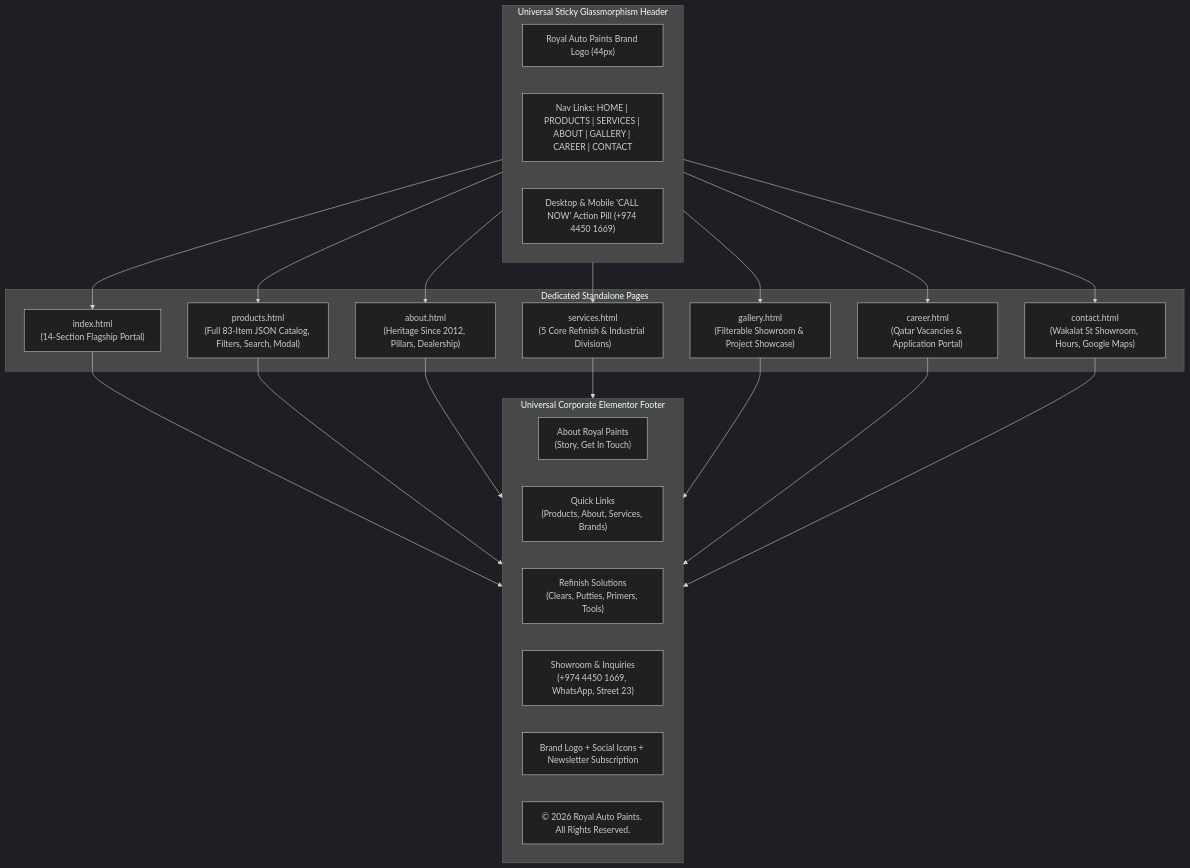
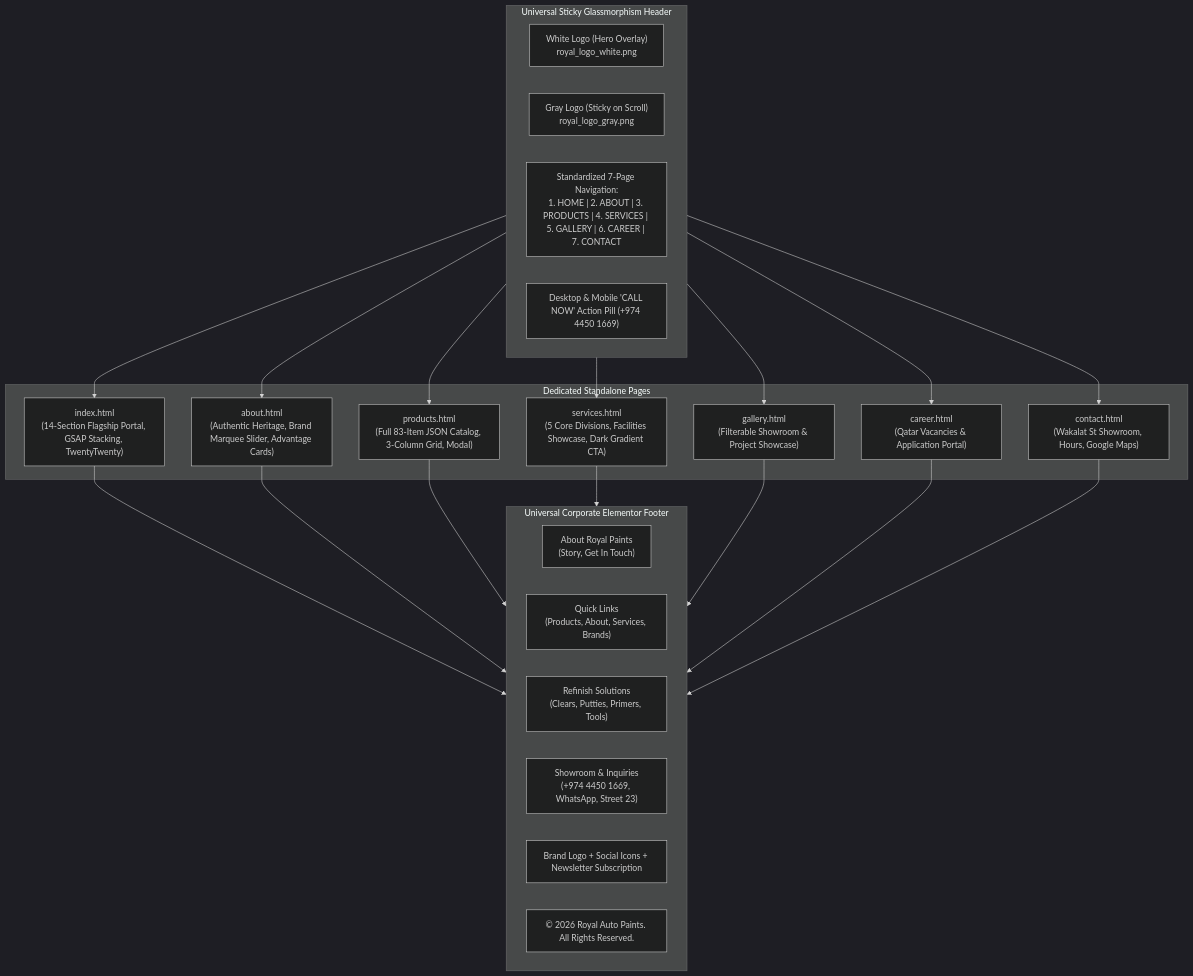
The first of 2 diagrams in docs/blueprint.md (manu-gitxen/royalautopaintsre), drawn with Mermaid (dark theme) before and after one commit. The commit also changed other lines of this file, not shown here.

````diff
--- a/docs/blueprint.md
+++ b/docs/blueprint.md
@@ -100,43 +110,58 @@
 ```mermaid
 flowchart TD
     subgraph Header["Universal Sticky Glassmorphism Header"]
-        Logo["Royal Auto Paints Brand Logo (44px)"]
-        NavLinks["Nav Links: HOME | PRODUCTS | SERVICES | ABOUT | GALLERY | CAREER | CONTACT"]
+        WhiteLogo["White Logo (Hero Overlay)
+royal_logo_white.png"]
+        GrayLogo["Gray Logo (Sticky on Scroll)
+royal_logo_gray.png"]
+        NavLinks["Standardized 7-Page Navigation:
+1. HOME | 2. ABOUT | 3. PRODUCTS | 4. SERVICES | 5. GALLERY | 6. CAREER | 7. CONTACT"]
         CallPill["Desktop & Mobile 'CALL NOW' Action Pill (+974 4450 1669)"]
     end
 
     subgraph Pages["Dedicated Standalone Pages"]
-        HomePg["index.html\n(14-Section Flagship Portal)"]
-        ProductsPg["products.html\n(Full 83-Item JSON Catalog, Filters, Search, Modal)"]
-        AboutPg["about.html\n(Heritage Since 2012, Pillars, Dealership)"]
-        ServicesPg["services.html\n(5 Core Refinish & Industrial Divisions)"]
-        GalleryPg["gallery.html\n(Filterable Showroom & Project Showcase)"]
-        CareerPg["career.html\n(Qatar Vacancies & Application Portal)"]
-        ContactPg["contact.html\n(Wakalat St Showroom, Hours, Google Maps)"]
+        HomePg["index.html
+(14-Section Flagship Portal, GSAP Stacking, TwentyTwenty)"]
+        AboutPg["about.html
+(Authentic Heritage, Brand Marquee Slider, Advantage Cards)"]
+        ProductsPg["products.html
+(Full 83-Item JSON Catalog, 3-Column Grid, Modal)"]
+        ServicesPg["services.html
+(5 Core Divisions, Facilities Showcase, Dark Gradient CTA)"]
+        GalleryPg["gallery.html
+(Filterable Showroom & Project Showcase)"]
+        CareerPg["career.html
+(Qatar Vacancies & Application Portal)"]
+        ContactPg["contact.html
+(Wakalat St Showroom, Hours, Google Maps)"]
     end
 
     subgraph Footer["Universal Corporate Elementor Footer"]
-        Col1["About Royal Paints\n(Story, Get In Touch)"]
-        Col2["Quick Links\n(Products, About, Services, Brands)"]
-        Col3["Refinish Solutions\n(Clears, Putties, Primers, Tools)"]
-        Col4["Showroom & Inquiries\n(+974 4450 1669, WhatsApp, Street 23)"]
+        Col1["About Royal Paints
+(Story, Get In Touch)"]
+        Col2["Quick Links
+(Products, About, Services, Brands)"]
+        Col3["Refinish Solutions
+(Clears, Putties, Primers, Tools)"]
+        Col4["Showroom & Inquiries
+(+974 4450 1669, WhatsApp, Street 23)"]
         NewsletterBar["Brand Logo + Social Icons + Newsletter Subscription"]
         CopyrightBar["© 2026 Royal Auto Paints. All Rights Reserved."]
     end
 
     Header --> HomePg
+    Header --> AboutPg
     Header --> ProductsPg
-    Header --> AboutPg
     Header --> ServicesPg
     Header --> GalleryPg
     Header --> CareerPg
     Header --> ContactPg
 
     HomePg --> Footer
+    AboutPg --> Footer
     ProductsPg --> Footer
-    AboutPg --> Footer
     ServicesPg --> Footer
     GalleryPg --> Footer
     CareerPg --> Footer
     ContactPg --> Footer
 ```
````
